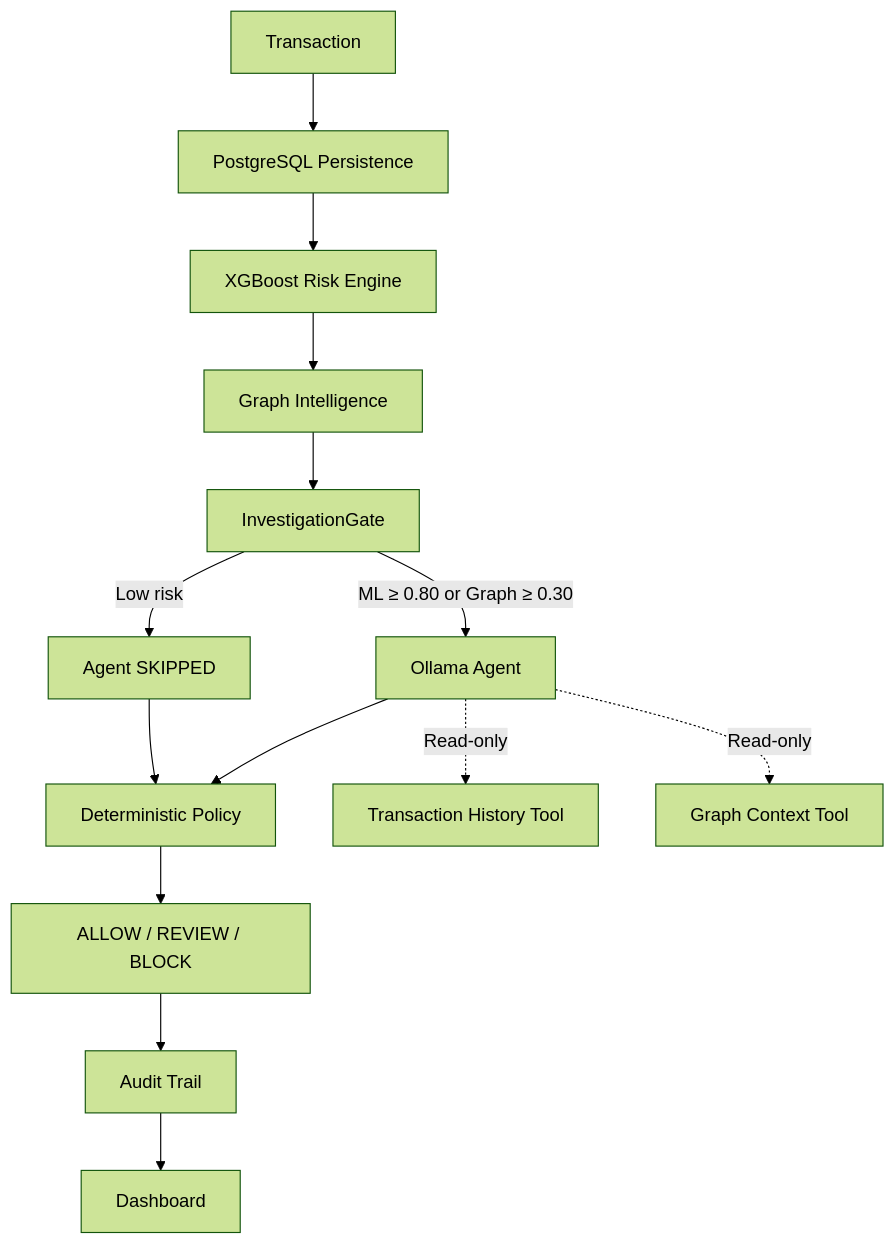
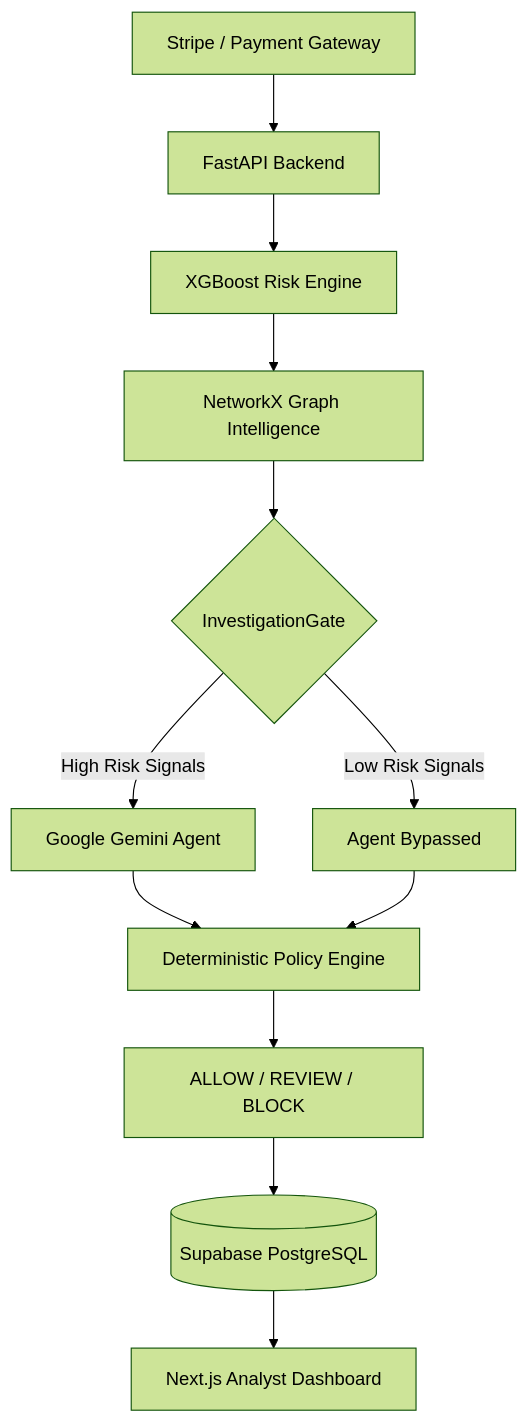
The diagram in README.md (JakkulaVeerababu/risksentinel-X), drawn with Mermaid (forest theme) before and after one commit. The commit also changed other lines of this file, not shown here.

````diff
--- a/README.md
+++ b/README.md
@@ -37,17 +44,14 @@
 ```mermaid
 graph TD
-    A[Transaction] --> B[PostgreSQL Persistence]
+    A[Stripe / Payment Gateway] --> B[FastAPI Backend]
     B --> C[XGBoost Risk Engine]
-    C --> D[Graph Intelligence]
-    D --> E[InvestigationGate]
-    E -->|ML ≥ 0.80 or Graph ≥ 0.30| F[Ollama Agent]
-    E -->|Low risk| G[Agent SKIPPED]
-    F --> H[Deterministic Policy]
+    C --> D[NetworkX Graph Intelligence]
+    D --> E{InvestigationGate}
+    E -->|High Risk Signals| F[Google Gemini Agent]
+    E -->|Low Risk Signals| G[Agent Bypassed]
+    F --> H[Deterministic Policy Engine]
     G --> H
     H --> I[ALLOW / REVIEW / BLOCK]
-    I --> J[Audit Trail]
-    J --> K[Dashboard]
-
-    F -.->|Read-only| L[Transaction History Tool]
-    F -.->|Read-only| M[Graph Context Tool]
+    I --> J[(Supabase PostgreSQL)]
+    J --> K[Next.js Analyst Dashboard]
 ```
````
